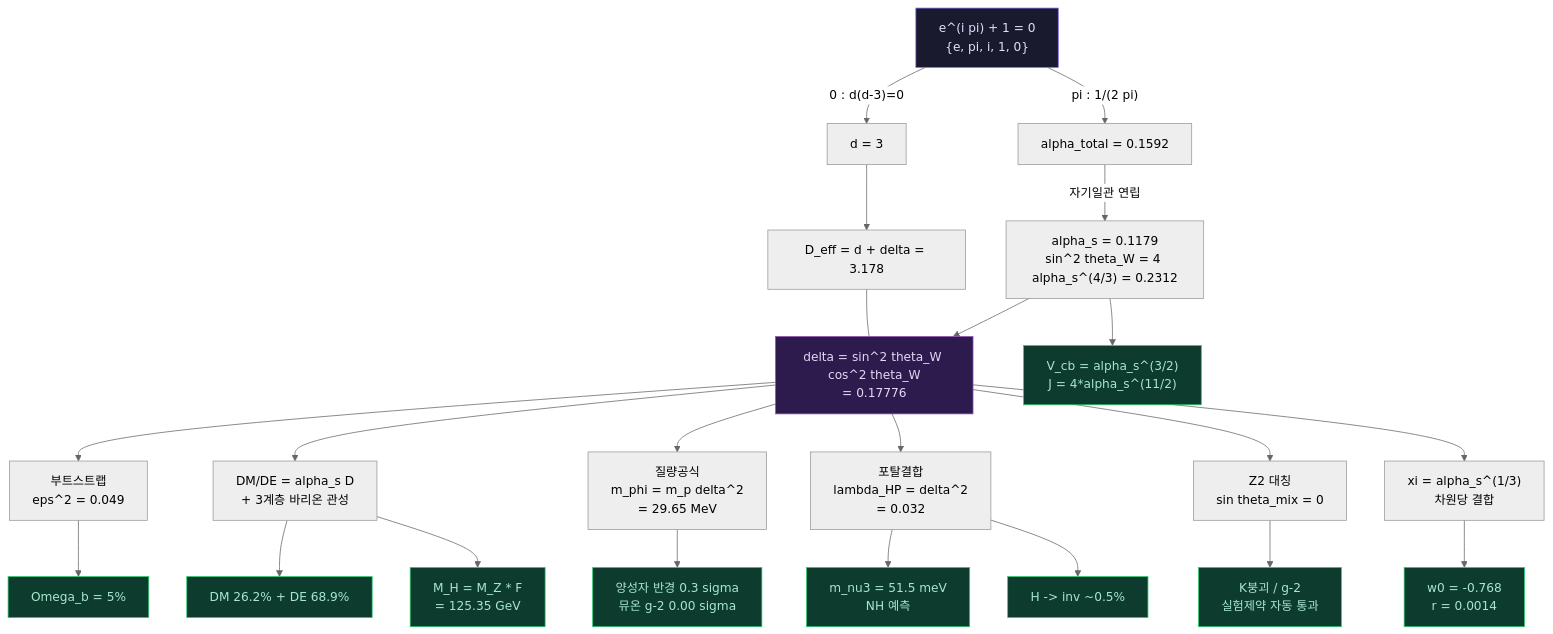
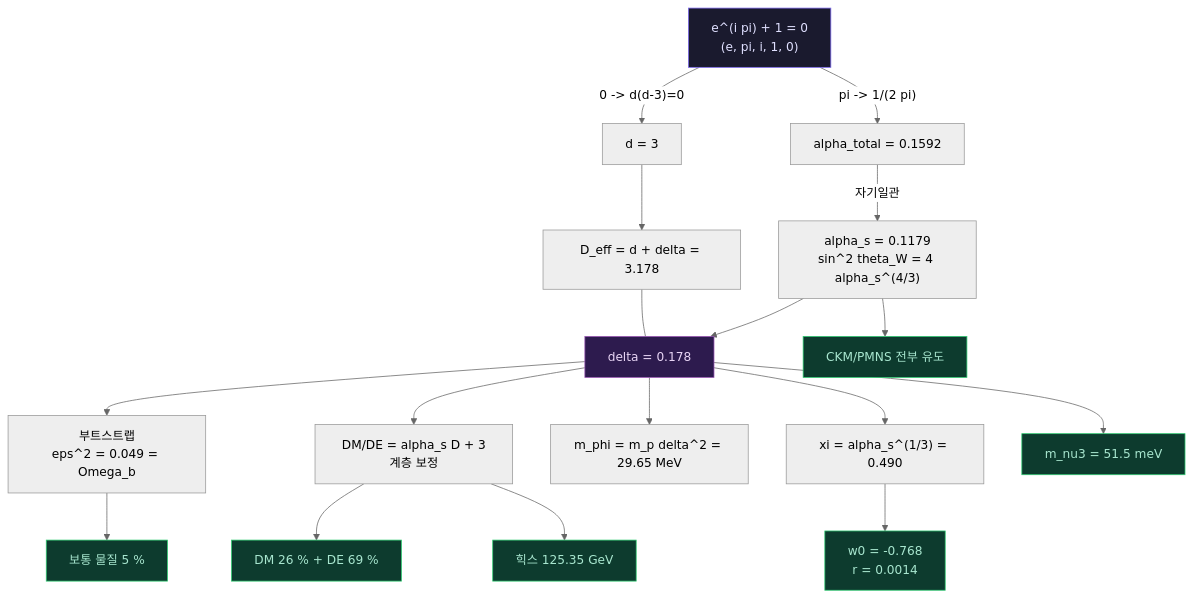
Before and after one commit to jigglypop/CE-BRAIN: the diagram in README.md, drawn with Mermaid (neutral theme). The commit also changed other lines of this file, not shown here.

````diff
--- a/README.md
+++ b/README.md
@@ -169,42 +196,34 @@
 ```mermaid
 graph TD
-    E["e^(i pi) + 1 = 0<br/>{e, pi, i, 1, 0}"]
+    E["e^(i pi) + 1 = 0<br/>(e, pi, i, 1, 0)"]
 
-    E -->|"0 : d(d-3)=0"| D["d = 3"]
-    E -->|"pi : 1/(2 pi)"| A["alpha_total = 0.1592"]
+    E -->|"0 -> d(d-3)=0"| D["d = 3"]
+    E -->|"pi -> 1/(2 pi)"| A["alpha_total = 0.1592"]
 
-    A -->|"자기일관 연립"| AS["alpha_s = 0.1179<br/>sin^2 theta_W = 4 alpha_s^(4/3) = 0.2312"]
+    A -->|"자기일관"| AS["alpha_s = 0.1179<br/>sin^2 theta_W = 4 alpha_s^(4/3)"]
 
     D --> DEFF["D_eff = d + delta = 3.178"]
-    AS --> DELTA["delta = sin^2 theta_W cos^2 theta_W<br/>= 0.17776"]
+    AS --> DELTA["delta = 0.178"]
     DEFF --- DELTA
 
-    DELTA --> BS["부트스트랩<br/>eps^2 = 0.049"]
-    DELTA --> QCD["DM/DE = alpha_s D<br/>+ 3계층 바리온 관성"]
-    DELTA --> MASS["질량공식<br/>m_phi = m_p delta^2<br/>= 29.65 MeV"]
-    DELTA --> HP["포탈결합<br/>lambda_HP = delta^2<br/>= 0.032"]
-    DELTA --> Z2["Z2 대칭<br/>sin theta_mix = 0"]
-    DELTA --> XI["xi = alpha_s^(1/3)<br/>차원당 결합"]
+    DELTA --> BS["부트스트랩<br/>eps^2 = 0.049 = Omega_b"]
+    DELTA --> QCD["DM/DE = alpha_s D + 3계층 보정"]
+    DELTA --> MASS["m_phi = m_p delta^2 = 29.65 MeV"]
+    DELTA --> XI["xi = alpha_s^(1/3) = 0.490"]
 
-    BS --> OB["Omega_b = 5%"]
-    QCD --> DM["DM 26.2% + DE 68.9%"]
-    QCD --> MH["M_H = M_Z * F<br/>= 125.35 GeV"]
-    MASS --> PR["양성자 반경 0.3 sigma<br/>뮤온 g-2 0.00 sigma"]
-    HP --> NU["m_nu3 = 51.5 meV<br/>NH 예측"]
-    HP --> HI["H -> inv ~0.5%"]
-    Z2 --> EXP["K붕괴 / g-2<br/>실험제약 자동 통과"]
+    BS --> OB["보통 물질 5 %"]
+    QCD --> DM["DM 26 % + DE 69 %"]
+    QCD --> MH["힉스 125.35 GeV"]
     XI --> W0["w0 = -0.768<br/>r = 0.0014"]
-    AS --> CKM["V_cb = alpha_s^(3/2)<br/>J = 4*alpha_s^(11/2)"]
+    AS --> CKM["CKM/PMNS 전부 유도"]
+    DELTA --> NU["m_nu3 = 51.5 meV"]
 
     style E fill:#1a1a2e,color:#e0e0ff,stroke:#7b68ee
     style DELTA fill:#2d1b4e,color:#e8d5f5,stroke:#9b59b6
     style OB fill:#0d3b2e,color:#a8e6cf,stroke:#2ecc71
     style DM fill:#0d3b2e,color:#a8e6cf,stroke:#2ecc71
     style MH fill:#0d3b2e,color:#a8e6cf,stroke:#2ecc71
-    style PR fill:#0d3b2e,color:#a8e6cf,stroke:#2ecc71
     style NU fill:#0d3b2e,color:#a8e6cf,stroke:#2ecc71
-    style HI fill:#0d3b2e,color:#a8e6cf,stroke:#2ecc71
-    style EXP fill:#0d3b2e,color:#a8e6cf,stroke:#2ecc71
     style W0 fill:#0d3b2e,color:#a8e6cf,stroke:#2ecc71
     style CKM fill:#0d3b2e,color:#a8e6cf,stroke:#2ecc71
 ```
````
